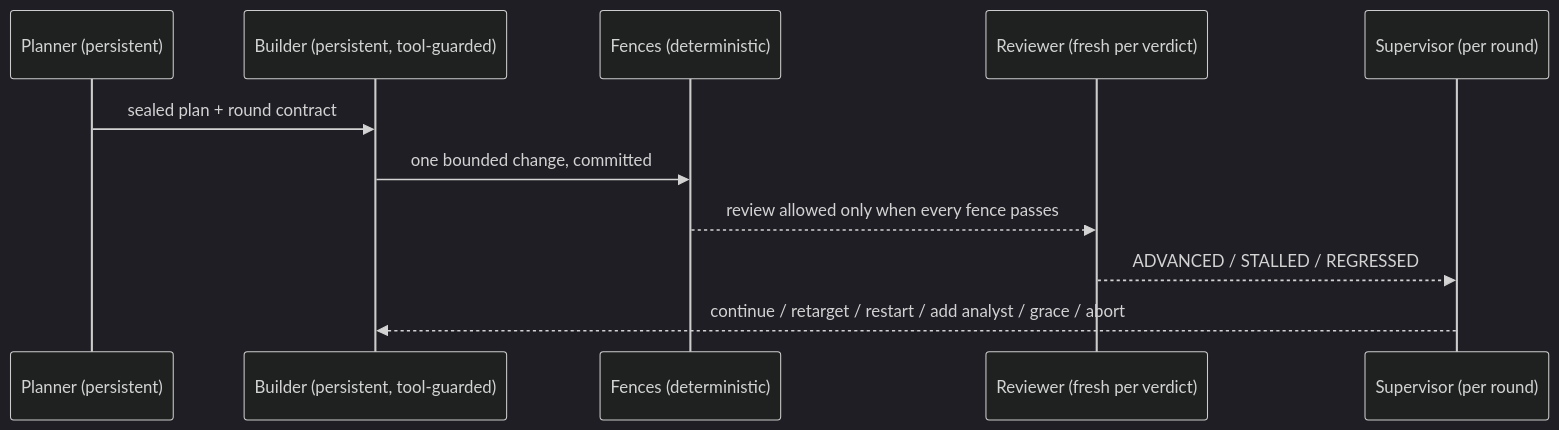
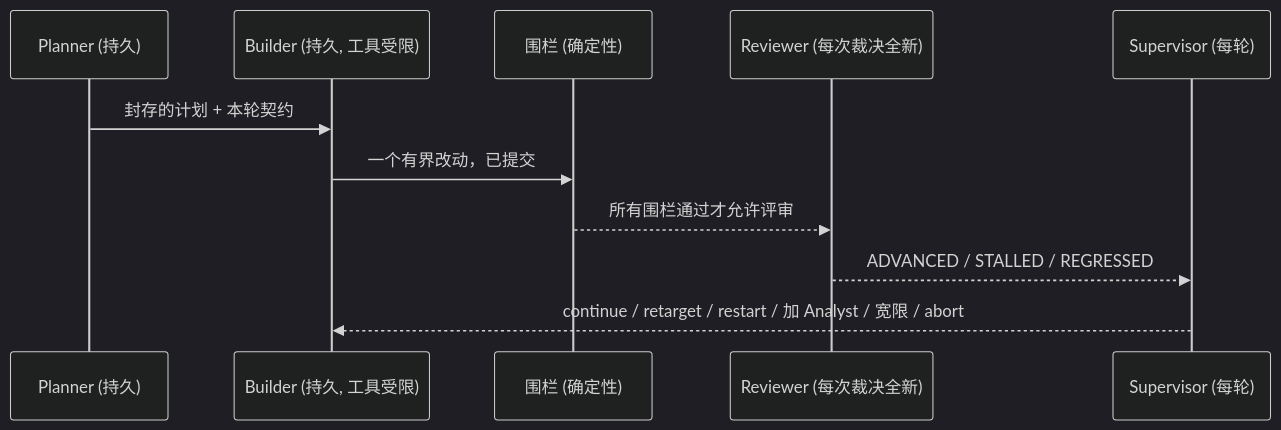
Before and after one commit to yisun219/LDA-HM-AS: the second of 3 diagrams in README.md, drawn with Mermaid (dark theme). The commit also changed other lines of this file and 1 other file, not shown here.

````diff
--- a/README.md
+++ b/README.md
@@ -167,13 +151,13 @@
 ```mermaid
 sequenceDiagram
-  participant P as Planner (persistent)
-  participant B as Builder (persistent, tool-guarded)
-  participant F as Fences (deterministic)
-  participant R as Reviewer (fresh per verdict)
-  participant S as Supervisor (per round)
-  P->>B: sealed plan + round contract
-  B->>F: one bounded change, committed
-  F-->>R: review allowed only when every fence passes
+  participant P as Planner (持久)
+  participant B as Builder (持久, 工具受限)
+  participant F as 围栏 (确定性)
+  participant R as Reviewer (每次裁决全新)
+  participant S as Supervisor (每轮)
+  P->>B: 封存的计划 + 本轮契约
+  B->>F: 一个有界改动，已提交
+  F-->>R: 所有围栏通过才允许评审
   R-->>S: ADVANCED / STALLED / REGRESSED
-  S-->>B: continue / retarget / restart / add analyst / grace / abort
+  S-->>B: continue / retarget / restart / 加 Analyst / 宽限 / abort
 ```
````
